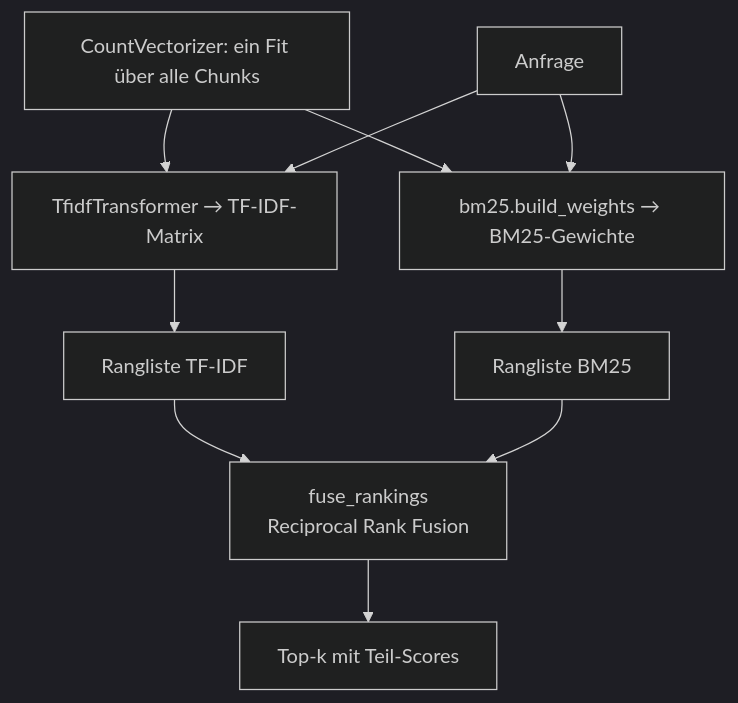
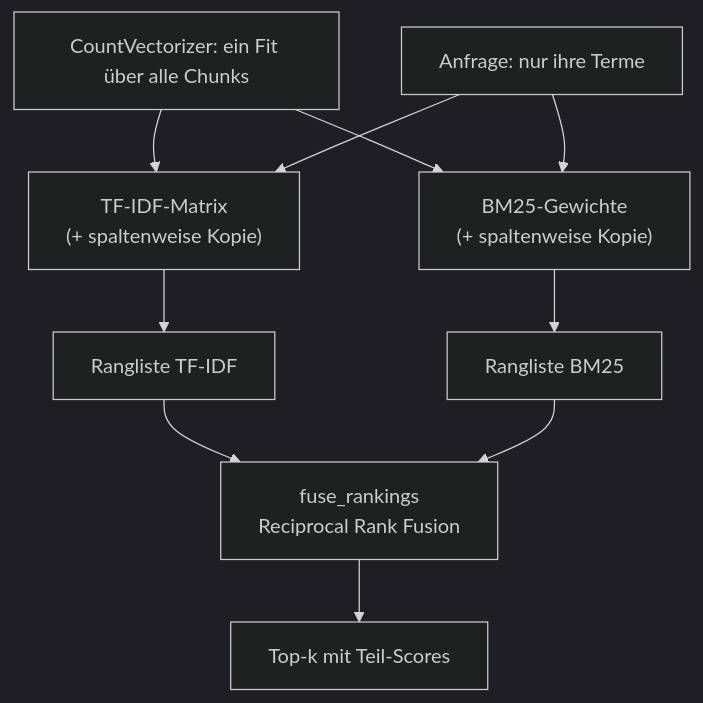
The tenth of 18 diagrams in docs/funktionsweise.md (MomoEngineer/research-graphrag), drawn with Mermaid (dark theme) before and after one commit. The commit also changed other lines of this file and 11 other files, not shown here.

````diff
--- a/docs/funktionsweise.md
+++ b/docs/funktionsweise.md
@@ -336,12 +339,12 @@
 ```mermaid
 flowchart TD
-    L["CountVectorizer: ein Fit über alle Chunks"] --> A["TfidfTransformer → TF-IDF-Matrix"]
-    L --> B["bm25.build_weights → BM25-Gewichte"]
-    Q["Anfrage"] --> A
+    L["CountVectorizer: ein Fit über alle Chunks"] --> A["TF-IDF-Matrix<br/>(+ spaltenweise Kopie)"]
+    L --> B["BM25-Gewichte<br/>(+ spaltenweise Kopie)"]
+    Q["Anfrage: nur ihre Terme"] --> A
     Q --> B
     A --> RA["Rangliste TF-IDF"]
     B --> RB["Rangliste BM25"]
     RA --> F["fuse_rankings<br/>Reciprocal Rank Fusion"]
     RB --> F
     F --> OUT["Top-k mit Teil-Scores"]
 ```
````
